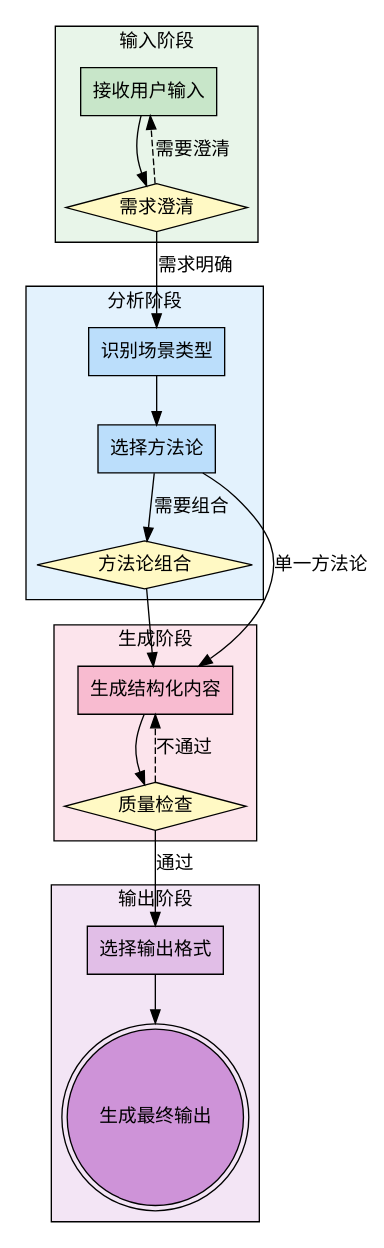
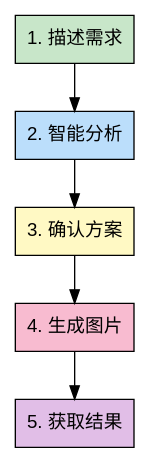
The diagram in skills/infographic-generator/SKILL.md (konglong87/methodology-skills), drawn with Graphviz before and after one commit. The commit also changed other lines of this file and 40 other files, not shown here.

Commit message:
add 信息图 v2

````diff
--- a/skills/infographic-generator/SKILL.md
+++ b/skills/infographic-generator/SKILL.md
@@ -321,50 +68,17 @@
 ```dot
-digraph infographic_generator {
+digraph infographic_workflow {
     rankdir=TB;
+    node [shape=box, style=filled, fontname="Arial"];
 
-    subgraph cluster_input {
-        label="输入阶段";
-        style=filled;
-        fillcolor="#e8f5e9";
-        "接收用户输入" [shape=box, style=filled, fillcolor="#c8e6c9"];
-        "需求澄清" [shape=diamond, style=filled, fillcolor="#fff9c4"];
-    }
+    "1. 描述需求" [fillcolor="#c8e6c9"];
+    "2. 智能分析" [fillcolor="#bbdefb"];
+    "3. 确认方案" [fillcolor="#fff9c4"];
+    "4. 生成图片" [fillcolor="#f8bbd0"];
+    "5. 获取结果" [fillcolor="#e1bee7"];
 
-    subgraph cluster_analysis {
-        label="分析阶段";
-        style=filled;
-        fillcolor="#e3f2fd";
-        "识别场景类型" [shape=box, style=filled, fillcolor="#bbdefb"];
-        "选择方法论" [shape=box, style=filled, fillcolor="#bbdefb"];
-        "方法论组合" [shape=diamond, style=filled, fillcolor="#fff9c4"];
-    }
-
-    subgraph cluster_generation {
-        label="生成阶段";
-        style=filled;
-        fillcolor="#fce4ec";
-        "生成结构化内容" [shape=box, style=filled, fillcolor="#f8bbd0"];
-        "质量检查" [shape=diamond, style=filled, fillcolor="#fff9c4"];
-    }
-
-    subgraph cluster_output {
-        label="输出阶段";
-        style=filled;
-        fillcolor="#f3e5f5";
-        "选择输出格式" [shape=box, style=filled, fillcolor="#e1bee7"];
-        "生成最终输出" [shape=doublecircle, style=filled, fillcolor="#ce93d8"];
-    }
-
-    "接收用户输入" -> "需求澄清";
-    "需求澄清" -> "识别场景类型" [label="需求明确"];
-    "需求澄清" -> "接收用户输入" [label="需要澄清", style=dashed];
-    "识别场景类型" -> "选择方法论";
-    "选择方法论" -> "方法论组合" [label="需要组合"];
-    "方法论组合" -> "生成结构化内容";
-    "选择方法论" -> "生成结构化内容" [label="单一方法论"];
-    "生成结构化内容" -> "质量检查";
-    "质量检查" -> "生成结构化内容" [label="不通过", style=dashed];
-    "质量检查" -> "选择输出格式" [label="通过"];
-    "选择输出格式" -> "生成最终输出";
+    "1. 描述需求" -> "2. 智能分析";
+    "2. 智能分析" -> "3. 确认方案";
+    "3. 确认方案" -> "4. 生成图片";
+    "4. 生成图片" -> "5. 获取结果";
 }
 ```
````
